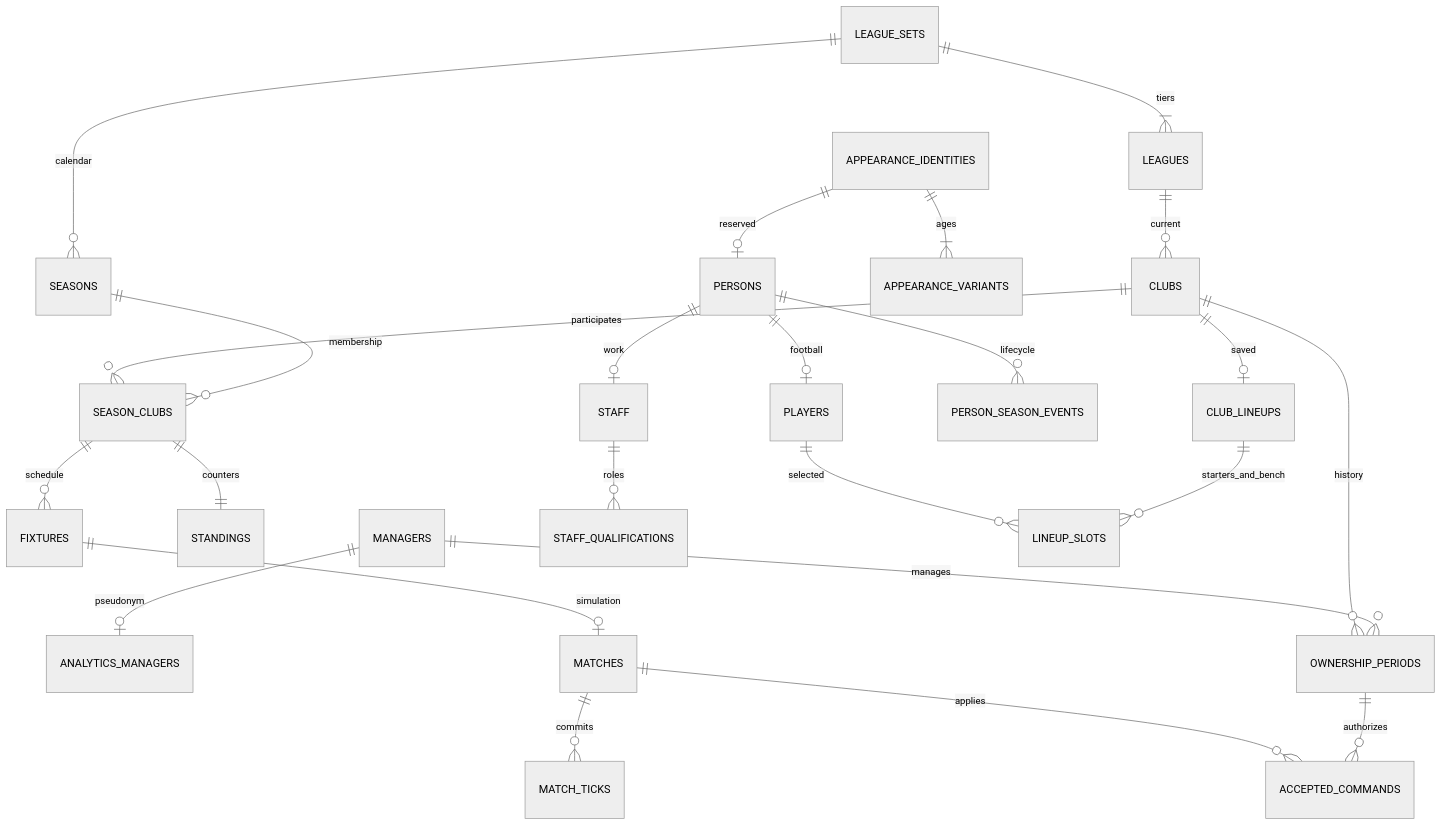
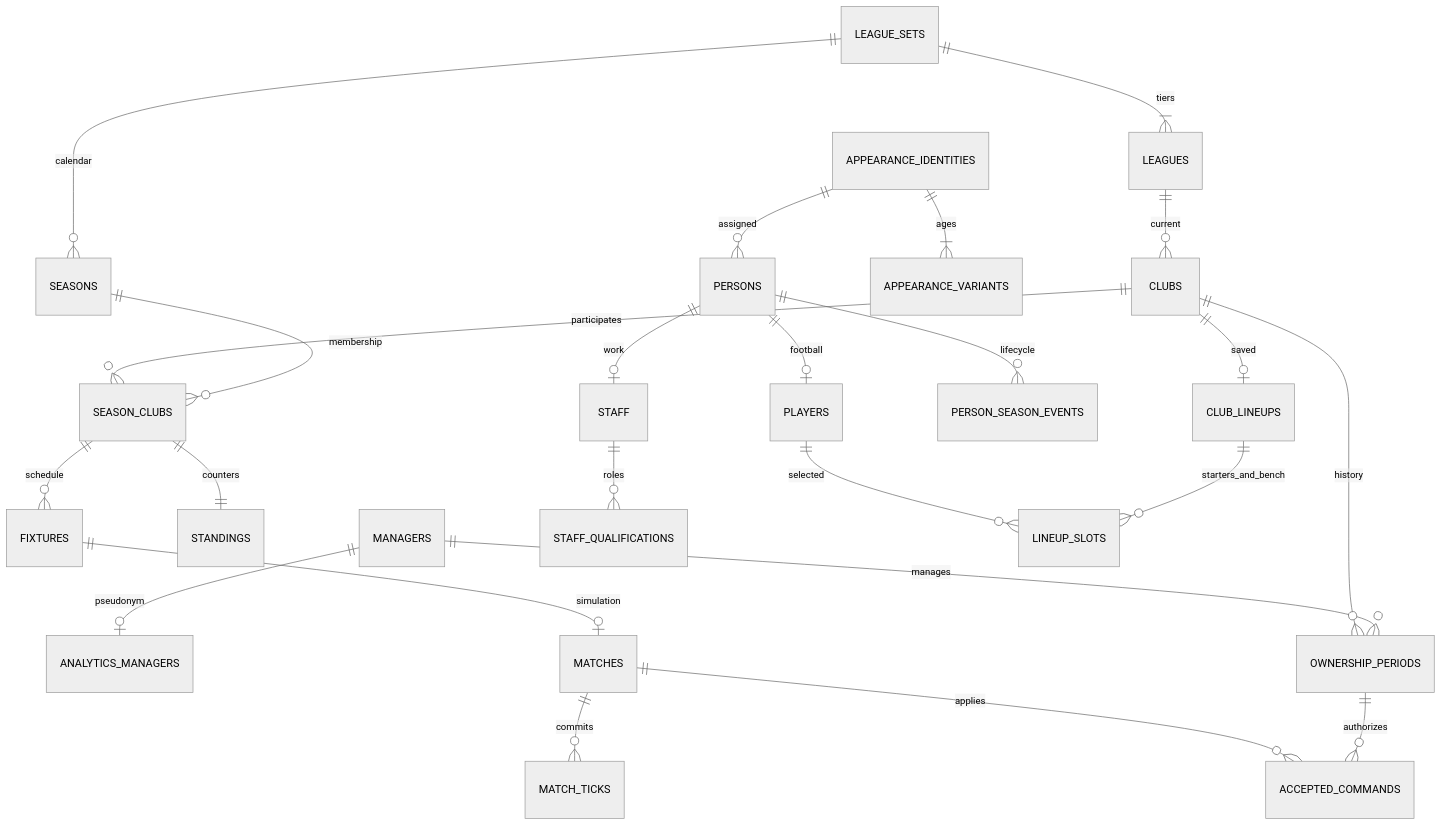
The diagram in docs/data-model.md (anry88/Goaletto), drawn with Mermaid (neutral theme) before and after one commit. The commit also changed other lines of this file and 48 other files, not shown here.

````diff
--- a/docs/data-model.md
+++ b/docs/data-model.md
@@ -25,26 +25,26 @@
 ```mermaid
 erDiagram
     MANAGERS ||--o| ANALYTICS_MANAGERS : pseudonym
     MANAGERS ||--o{ OWNERSHIP_PERIODS : manages
     CLUBS ||--o{ OWNERSHIP_PERIODS : history
     LEAGUE_SETS ||--o{ SEASONS : calendar
     LEAGUE_SETS ||--|{ LEAGUES : tiers
     LEAGUES ||--o{ CLUBS : current
     SEASONS ||--o{ SEASON_CLUBS : membership
     CLUBS ||--o{ SEASON_CLUBS : participates
     SEASON_CLUBS ||--|| STANDINGS : counters
     SEASON_CLUBS ||--o{ FIXTURES : schedule
     FIXTURES ||--o| MATCHES : simulation
     MATCHES ||--o{ MATCH_TICKS : commits
     OWNERSHIP_PERIODS ||--o{ ACCEPTED_COMMANDS : authorizes
     MATCHES ||--o{ ACCEPTED_COMMANDS : applies
     APPEARANCE_IDENTITIES ||--|{ APPEARANCE_VARIANTS : ages
-    APPEARANCE_IDENTITIES ||--o| PERSONS : reserved
+    APPEARANCE_IDENTITIES ||--o{ PERSONS : assigned
     PERSONS ||--o| PLAYERS : football
     PERSONS ||--o| STAFF : work
     STAFF ||--o{ STAFF_QUALIFICATIONS : roles
     PERSONS ||--o{ PERSON_SEASON_EVENTS : lifecycle
     CLUBS ||--o| CLUB_LINEUPS : saved
     CLUB_LINEUPS ||--o{ LINEUP_SLOTS : starters_and_bench
     PLAYERS ||--o{ LINEUP_SLOTS : selected
 ```
````
